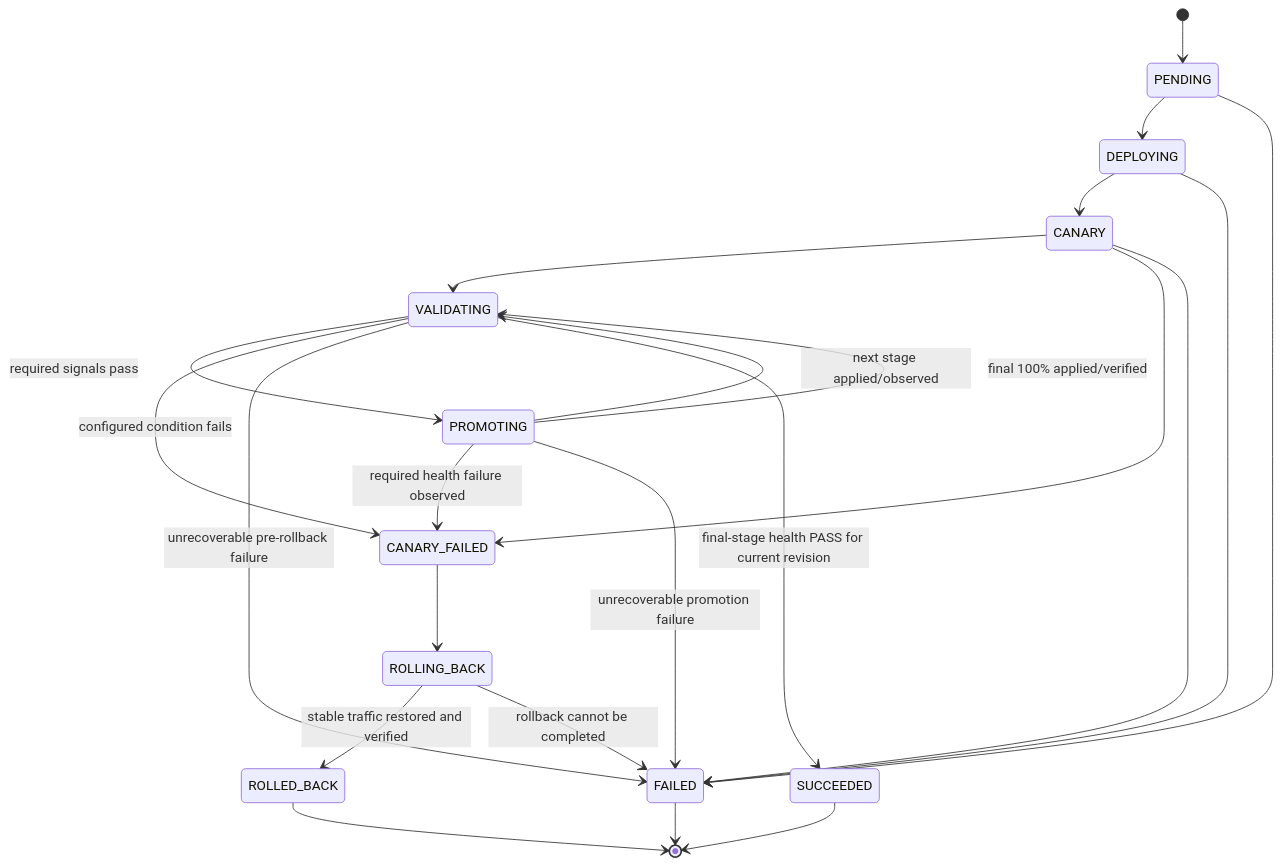
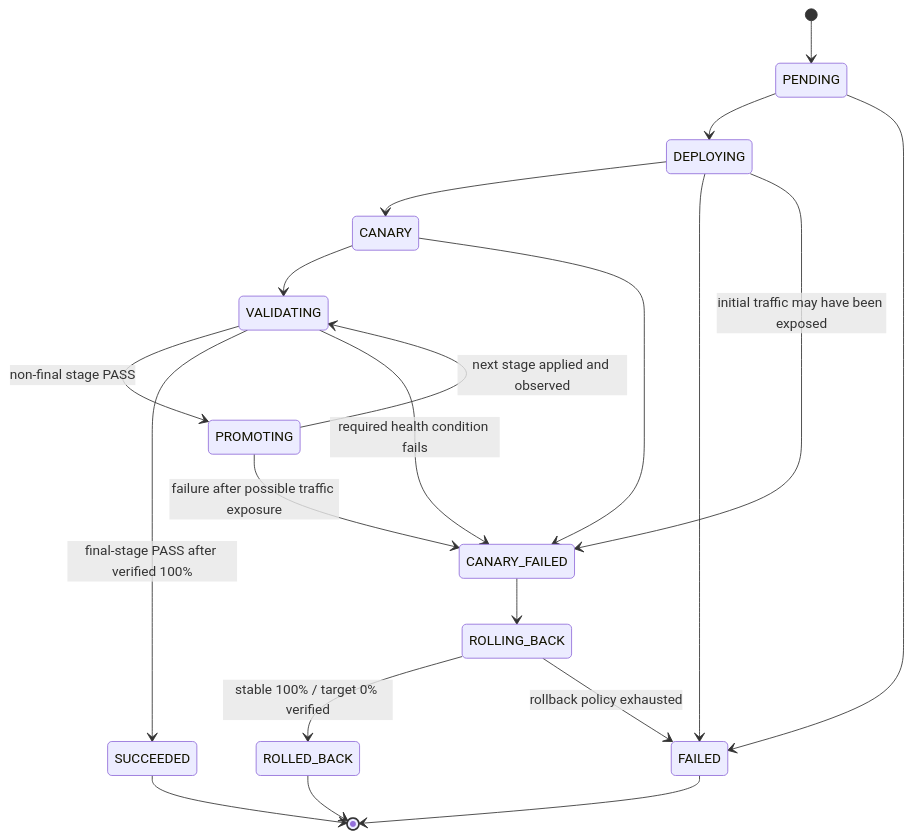
Before and after one commit to santhosh-1974/Cloud-Native-Deployment-and-Reliability-Control-Plane: the third of 5 diagrams in docs/ARCHITECTURE.md, drawn with Mermaid. The commit also changed other lines of this file and 18 other files, not shown here.

````diff
--- a/docs/ARCHITECTURE.md
+++ b/docs/ARCHITECTURE.md
@@ -187,25 +189,22 @@
 ```mermaid
 stateDiagram-v2
     [*] --> PENDING
     PENDING --> DEPLOYING
     PENDING --> FAILED
     DEPLOYING --> CANARY
     DEPLOYING --> FAILED
+    DEPLOYING --> CANARY_FAILED: initial traffic may have been exposed
     CANARY --> VALIDATING
     CANARY --> CANARY_FAILED
-    CANARY --> FAILED
-    VALIDATING --> PROMOTING: required signals pass
-    VALIDATING --> CANARY_FAILED: configured condition fails
-    VALIDATING --> FAILED: unrecoverable pre-rollback failure
-    PROMOTING --> VALIDATING: next stage applied/observed
-    PROMOTING --> VALIDATING: final 100% applied/verified
-    VALIDATING --> SUCCEEDED: final-stage health PASS for current revision
-    PROMOTING --> CANARY_FAILED: required health failure observed
-    PROMOTING --> FAILED: unrecoverable promotion failure
+    VALIDATING --> PROMOTING: non-final stage PASS
+    VALIDATING --> SUCCEEDED: final-stage PASS after verified 100%
+    VALIDATING --> CANARY_FAILED: required health condition fails
+    PROMOTING --> VALIDATING: next stage applied and observed
+    PROMOTING --> CANARY_FAILED: failure after possible traffic exposure
     CANARY_FAILED --> ROLLING_BACK
-    ROLLING_BACK --> ROLLED_BACK: stable traffic restored and verified
-    ROLLING_BACK --> FAILED: rollback cannot be completed
+    ROLLING_BACK --> ROLLED_BACK: stable 100% / target 0% verified
+    ROLLING_BACK --> FAILED: rollback policy exhausted
     SUCCEEDED --> [*]
     ROLLED_BACK --> [*]
     FAILED --> [*]
 ```
````
